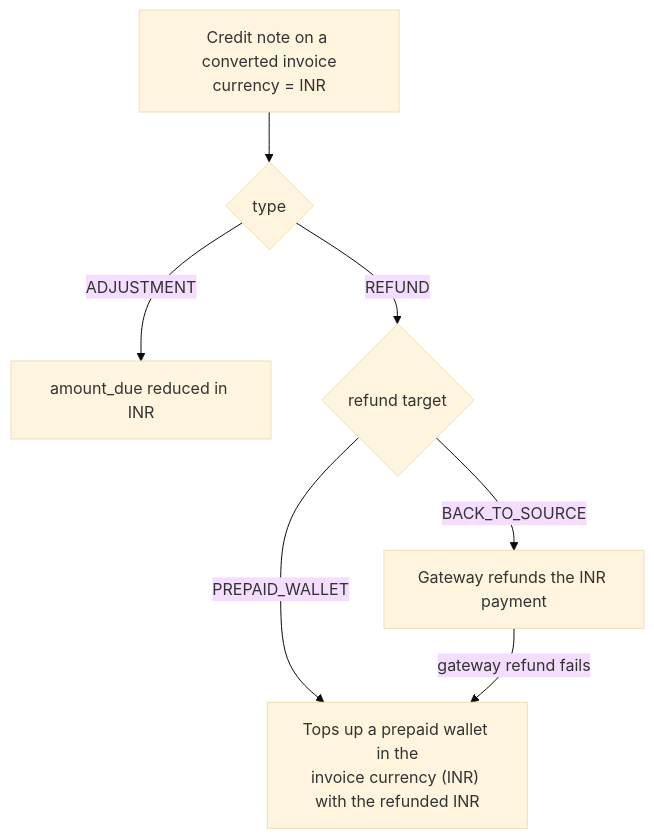
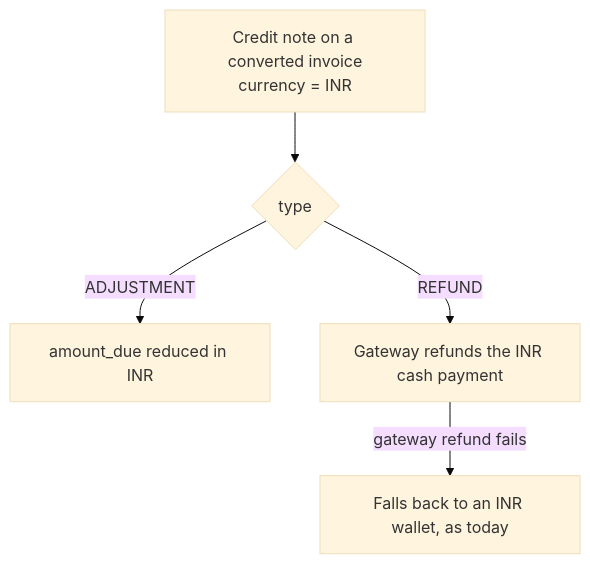
The fifth of 7 diagrams in docs/design/2026-09-26-FLE-1383-adaptive-multi-currency-erd.md (aghijap/flexprice-FLE-1411), drawn with Mermaid (base theme) before and after one commit. The commit also changed other lines of this file, not shown here.

First line of the commit message:
docs(FLE-1383): finalize credit-note and void flows for multi-currency

````diff
--- a/docs/design/2026-09-26-FLE-1383-adaptive-multi-currency-erd.md
+++ b/docs/design/2026-09-26-FLE-1383-adaptive-multi-currency-erd.md
@@ -533,9 +561,7 @@
 ```mermaid
 flowchart TD
     CN["Credit note on a converted invoice<br/>currency = INR"] --> T{"type"}
     T -- ADJUSTMENT --> ADJ["amount_due reduced in INR"]
-    T -- REFUND --> RT{"refund target"}
-    RT -- BACK_TO_SOURCE --> GW["Gateway refunds the INR payment"]
-    RT -- PREPAID_WALLET --> WAL["Tops up a prepaid wallet in the<br/>invoice currency (INR) with the refunded INR"]
-    GW -- "gateway refund fails" --> WAL
+    T -- REFUND --> GW["Gateway refunds the INR cash payment"]
+    GW -- "gateway refund fails" --> FB["Falls back to an INR wallet, as today"]
 ```
````
